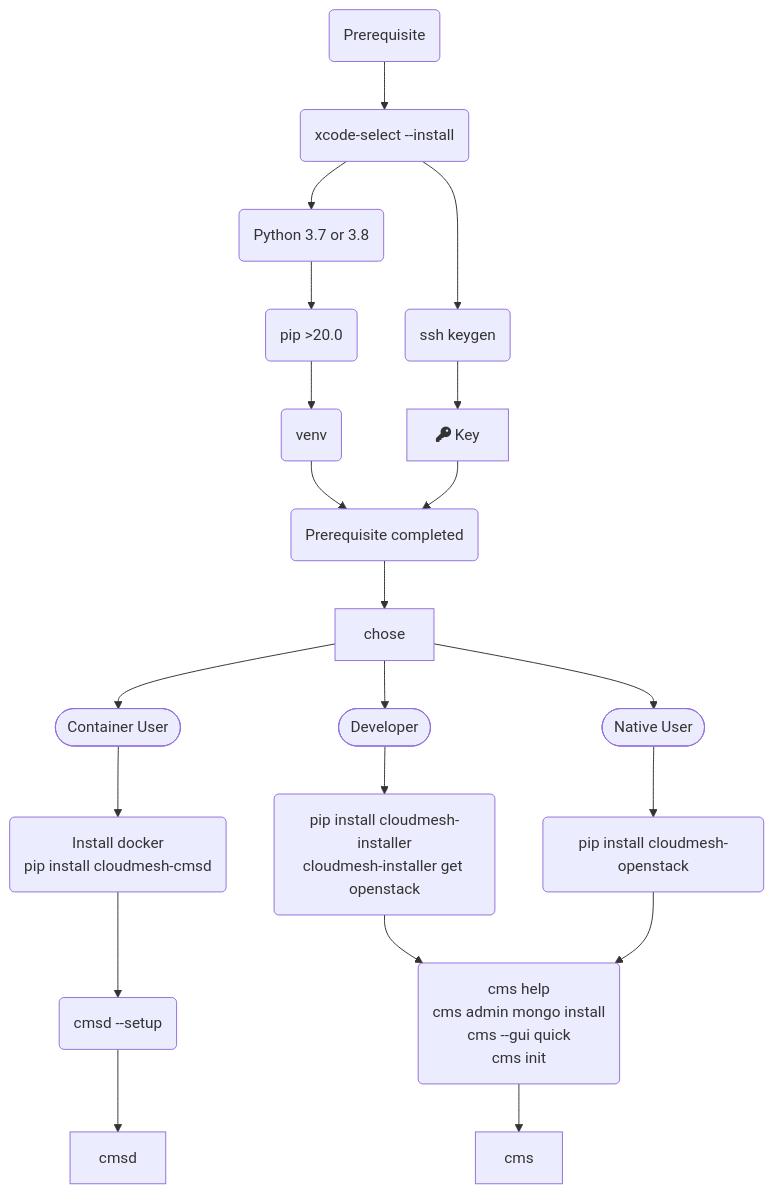
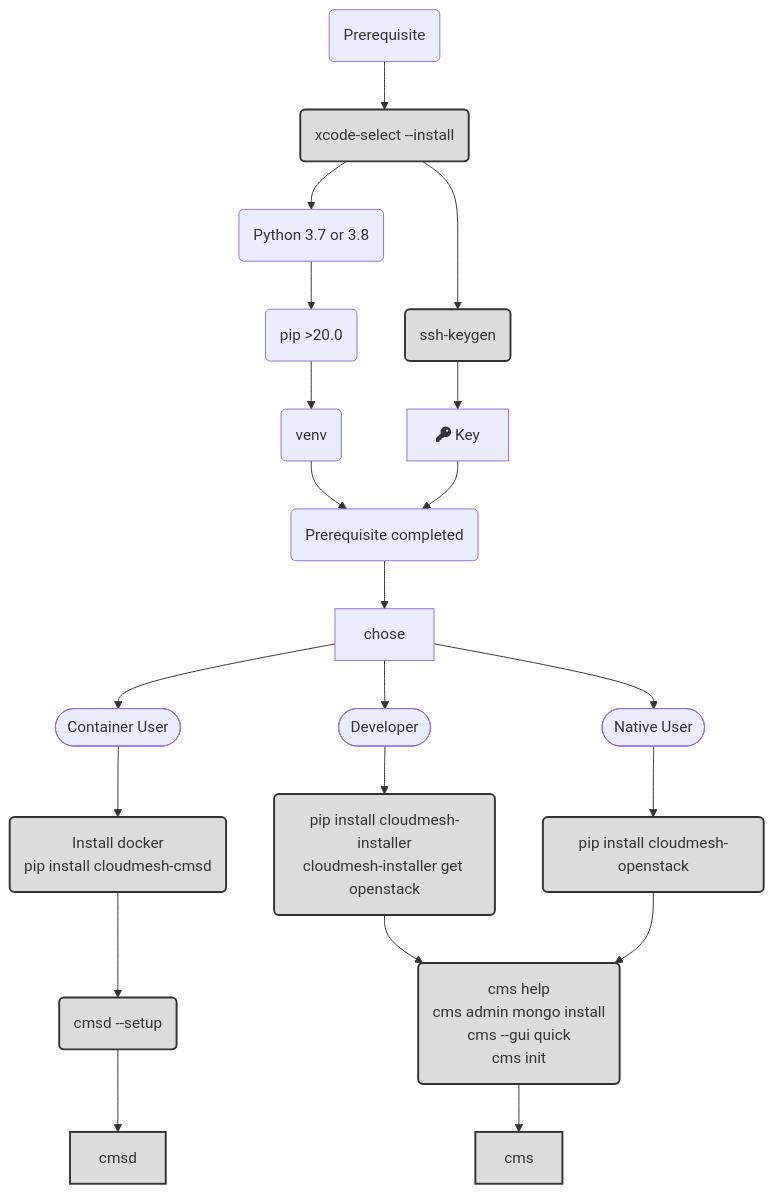
One commit to cloudmesh/cloudmesh-manual changed the diagram in docs-source/source/installation/install-macos.rst. Above: the diagram before and after it, drawn with Mermaid. The commit also changed other lines of this file and 7 other files, not shown here.

Commit message:
add colors to mermaid

```diff
--- a/docs-source/source/installation/install-macos.rst
+++ b/docs-source/source/installation/install-macos.rst
@@ -50,28 +50,38 @@
 .. mermaid::
 
    graph TD
       A(Prerequisite) --> xcode(xcode-select --install)
       xcode --> python(Python 3.7 or 3.8)
       python --> pip(pip >20.0)
       pip --> venv(venv)
       venv --> install(Prerequisite completed)
       key --> install
-      xcode --> keygen(ssh keygen)
+      xcode --> keygen(ssh-keygen)
       keygen -->key[fa:fa-key Key]
       install --> chose
 
       chose-->cuser([Container User])
       chose-->nuser([Native User])
       chose-->duser([Developer])
 
       duser-->dev(pip install cloudmesh-installer<br/>cloudmesh-installer get openstack)
       nuser-->user(pip install cloudmesh-openstack)
       cuser-->container(Install docker<br/>pip install cloudmesh-cmsd)
 
       setup(cms help<br/>cms admin mongo install<br/>cms --gui quick<br/>cms init)
       dev-->setup
       user-->setup
       container-->setupd(cmsd --setup)
 
       setup-->cms
       setupd-->cmsd
+
+      style xcode fill:gainsboro,stroke:#333,stroke-width:2px
+      style keygen fill:gainsboro,stroke:#333,stroke-width:2px
+      style dev fill:gainsboro,stroke:#333,stroke-width:2px
+      style user fill:gainsboro,stroke:#333,stroke-width:2px
+      style container fill:gainsboro,stroke:#333,stroke-width:2px
+      style setup fill:gainsboro,stroke:#333,stroke-width:2px
+      style setupd fill:gainsboro,stroke:#333,stroke-width:2px
+      style cms fill:gainsboro,stroke:#333,stroke-width:2px
+      style cmsd fill:gainsboro,stroke:#333,stroke-width:2px
```
